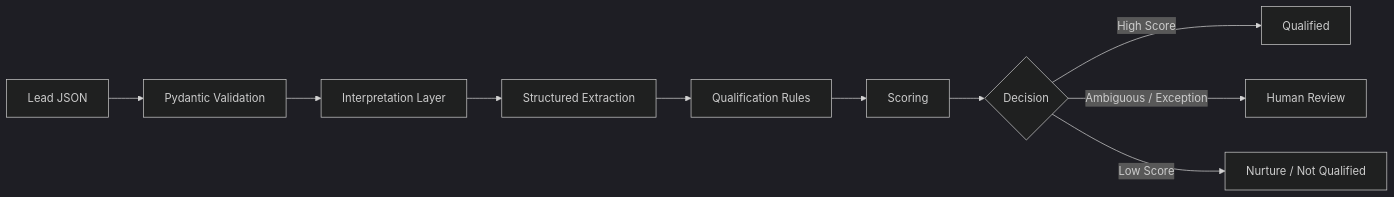
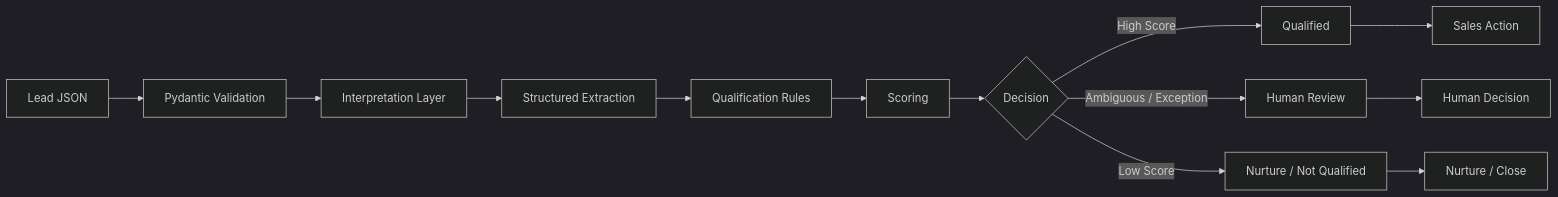
Before and after one commit to prashant6788/ai-lead-qualification-engine: the diagram in README.md, drawn with Mermaid (dark theme). The commit also changed other lines of this file, not shown here.

````diff
--- a/README.md
+++ b/README.md
@@ -82,12 +103,17 @@
 ```mermaid
 flowchart LR
     A["Lead JSON"] --> B["Pydantic Validation"]
     B --> C["Interpretation Layer"]
     C --> D["Structured Extraction"]
     D --> E["Qualification Rules"]
     E --> F["Scoring"]
     F --> G{"Decision"}
+
     G -->|High Score| H["Qualified"]
     G -->|Ambiguous / Exception| I["Human Review"]
     G -->|Low Score| J["Nurture / Not Qualified"]
+
+    H --> K["Sales Action"]
+    I --> L["Human Decision"]
+    J --> M["Nurture / Close"]
 ```
````
